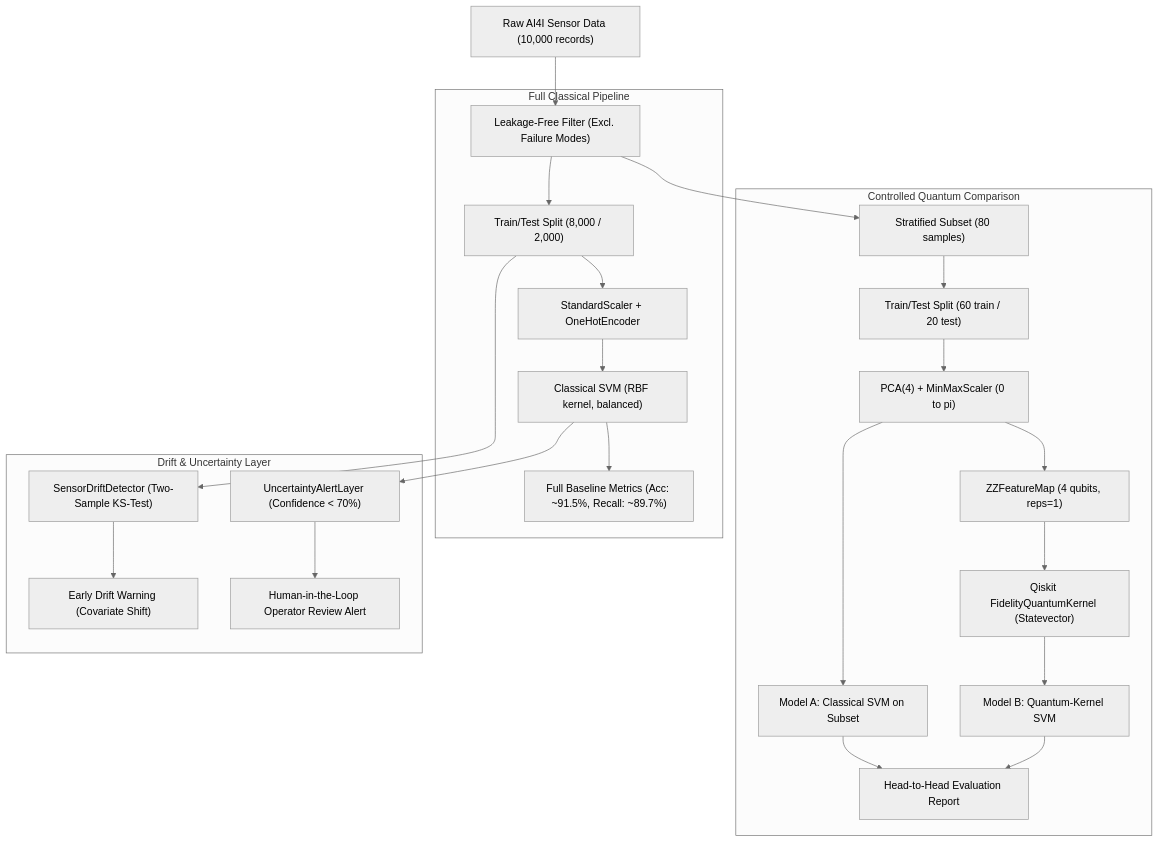
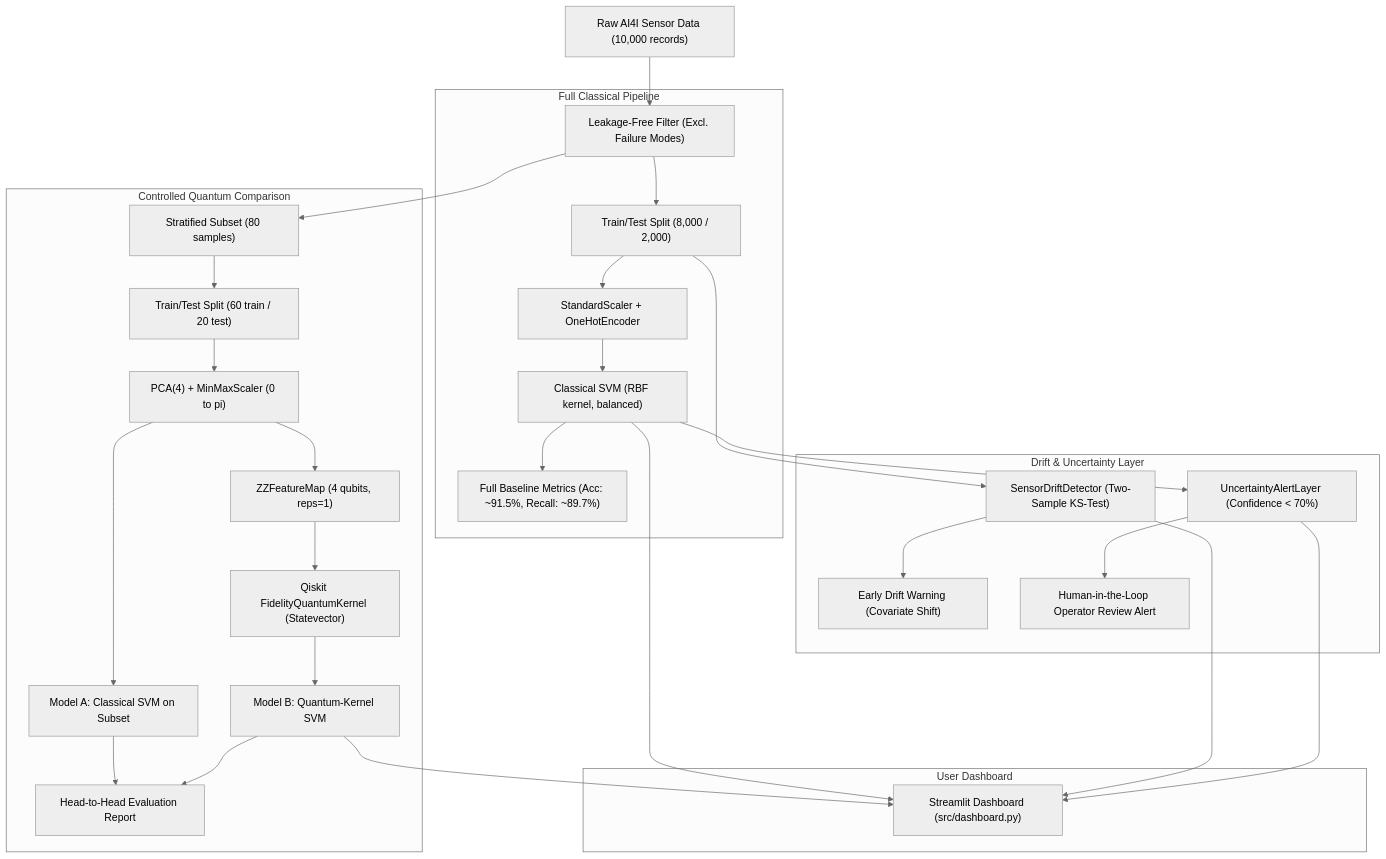
The diagram in README.md (vtu-qiskit-fall-fest-2026/vtu-hc-phantoms), drawn with Mermaid (neutral theme) before and after one commit. The commit also changed other lines of this file and 3 other files, not shown here.

````diff
--- a/README.md
+++ b/README.md
@@ -148,29 +166,33 @@
 ```mermaid
 flowchart TD
     A["Raw AI4I Sensor Data (10,000 records)"] --> B["Leakage-Free Filter (Excl. Failure Modes)"]
 
     subgraph Full Classical Pipeline
         B --> C1["Train/Test Split (8,000 / 2,000)"]
         C1 --> D1["StandardScaler + OneHotEncoder"]
         D1 --> E1["Classical SVM (RBF kernel, balanced)"]
         E1 --> F1["Full Baseline Metrics (Acc: ~91.5%, Recall: ~89.7%)"]
     end
 
     subgraph Controlled Quantum Comparison
         B --> C2["Stratified Subset (80 samples)"]
         C2 --> D2["Train/Test Split (60 train / 20 test)"]
         D2 --> E2["PCA(4) + MinMaxScaler (0 to pi)"]
         E2 --> F2["Model A: Classical SVM on Subset"]
         E2 --> G2["ZZFeatureMap (4 qubits, reps=1)"]
         G2 --> H2["Qiskit FidelityQuantumKernel (Statevector)"]
         H2 --> I2["Model B: Quantum-Kernel SVM"]
         F2 & I2 --> J2["Head-to-Head Evaluation Report"]
     end
 
     subgraph Drift & Uncertainty Layer
         C1 --> K1["SensorDriftDetector (Two-Sample KS-Test)"]
         K1 --> L1["Early Drift Warning (Covariate Shift)"]
         E1 --> M1["UncertaintyAlertLayer (Confidence < 70%)"]
         M1 --> N1["Human-in-the-Loop Operator Review Alert"]
     end
+
+    subgraph User Dashboard
+        E1 & K1 & M1 & I2 --> O1["Streamlit Dashboard (src/dashboard.py)"]
+    end
 ```
````
